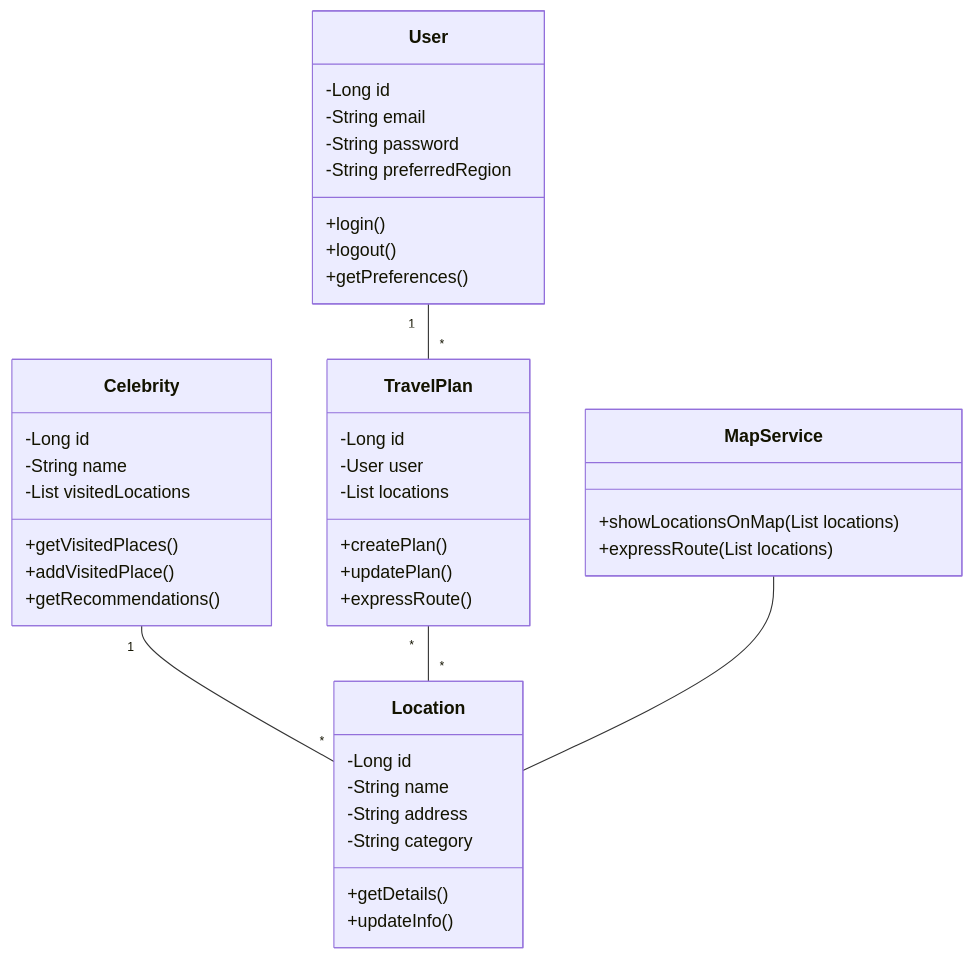
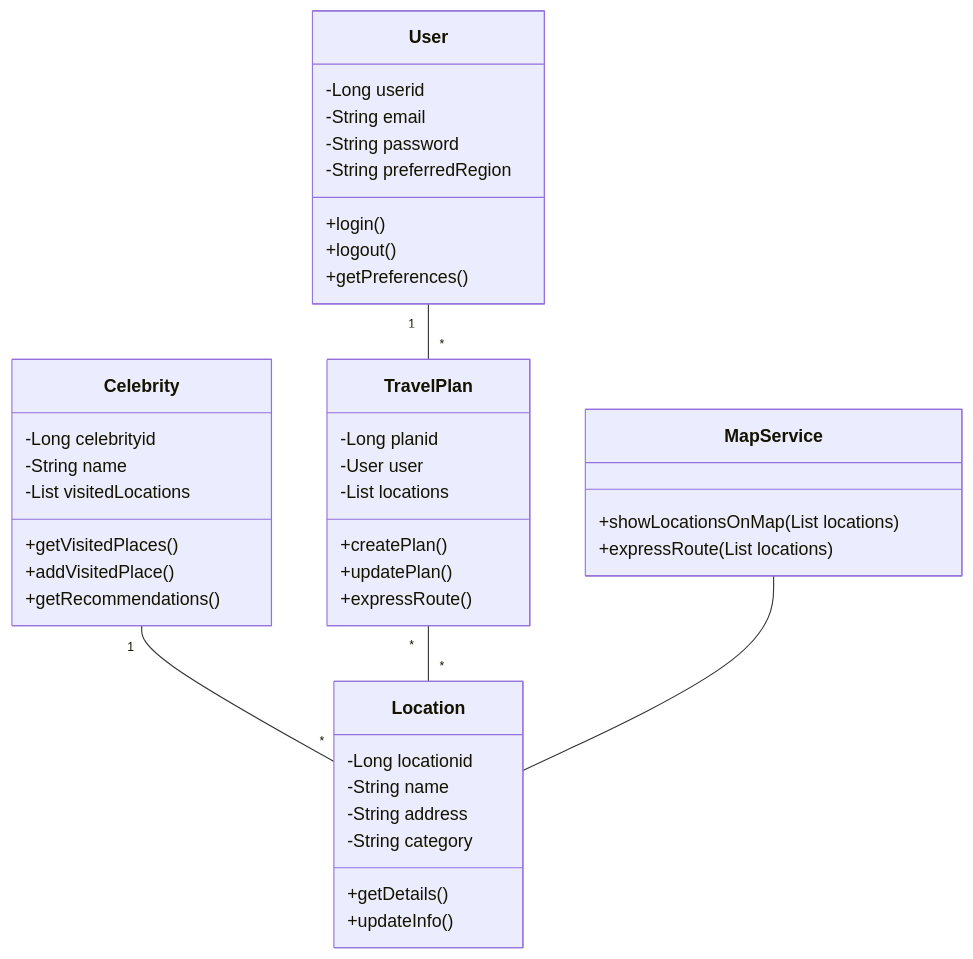
The first of 2 diagrams in README.md (Cellebmap/.README), drawn with Mermaid before and after one commit.

````diff
--- a/README.md
+++ b/README.md
@@ -35,49 +35,49 @@
 ```mermaid
 classDiagram
     class User {
-        -Long id
+        -Long userid
         -String email
         -String password
         -String preferredRegion
         +login()
         +logout()
         +getPreferences()
     }
 
     class Location {
-        -Long id
+        -Long locationid
         -String name
         -String address
         -String category
         +getDetails()
         +updateInfo()
     }
 
     class Celebrity {
-        -Long id
+        -Long celebrityid
         -String name
         -List<Location> visitedLocations
         +getVisitedPlaces()
         +addVisitedPlace()
         +getRecommendations()
     }
 
     class TravelPlan {
-        -Long id
+        -Long planid
         -User user
         -List<Location> locations
         +createPlan()
         +updatePlan()
         +expressRoute()
     }
 
     class MapService {
         +showLocationsOnMap(List<Location> locations)
         +expressRoute(List<Location> locations)
     }
 
     User "1" -- "*" TravelPlan
     Celebrity "1" -- "*" Location
     TravelPlan "*" -- "*" Location
     MapService -- Location
 ```
````
